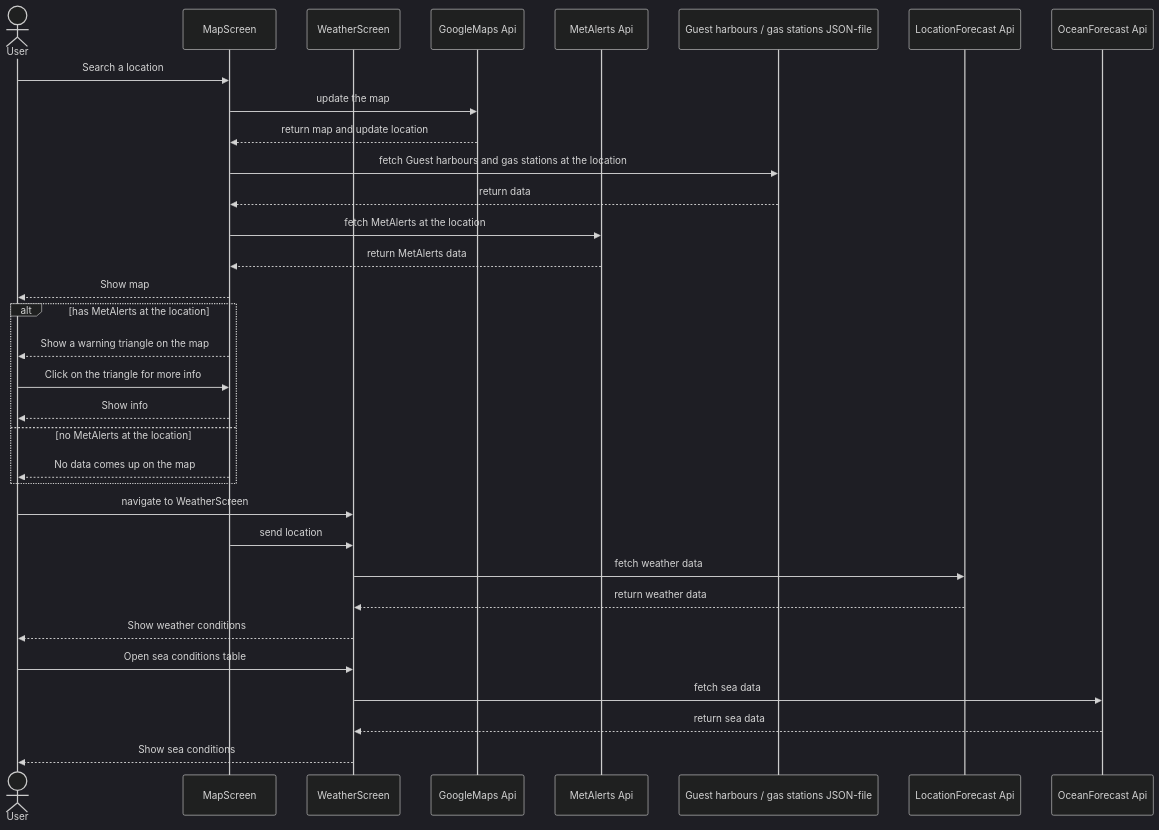
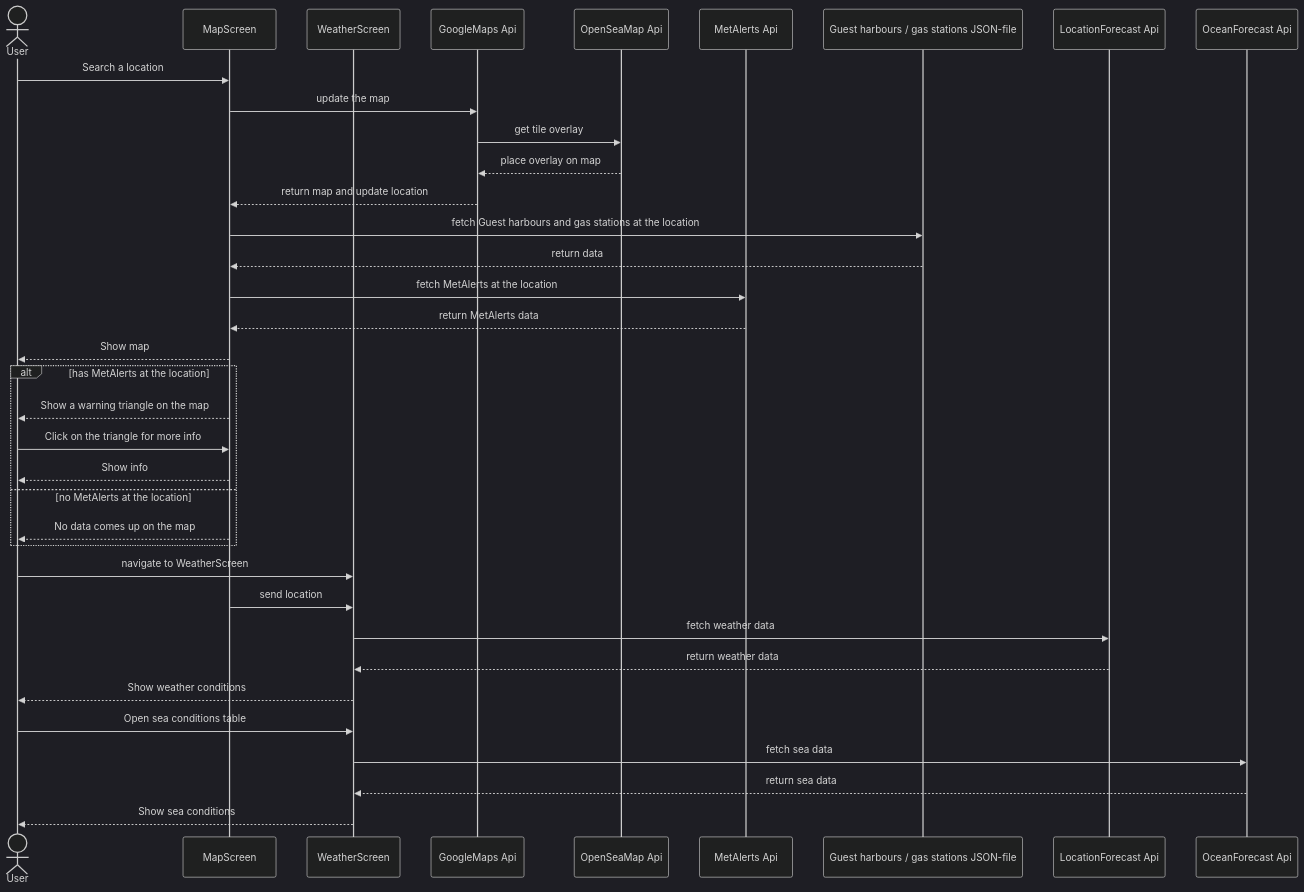
One commit to ronjainstanes/IN2000-student-project changed the first of 2 diagrams in MODELING.md. Above: the diagram before and after it, drawn with Mermaid (dark theme).

Commit message:
Update MODELING.md
Forslag til endring i sekvensdiagram

````diff
--- a/MODELING.md
+++ b/MODELING.md
@@ -64,57 +64,62 @@
 ```mermaid
     sequenceDiagram
         actor User
         participant MapScreen
         participant WeatherScreen 
         participant GoogleMaps Api
+        participant OpenSeaMap Api
         participant MetAlerts Api
         participant Guest harbours / gas stations JSON-file
         participant LocationForecast Api
         participant OceanForecast Api
 
         User->>MapScreen: Search a location
 
         MapScreen->>GoogleMaps Api: update the map
+        
+        GoogleMaps Api->>OpenSeaMap Api: get tile overlay
+        
+        OpenSeaMap Api-->>GoogleMaps Api: place overlay on map
         
         GoogleMaps Api-->>MapScreen: return map and update location
         
         MapScreen->>Guest harbours / gas stations JSON-file: fetch Guest harbours and gas stations at the location
         
         Guest harbours / gas stations JSON-file-->>MapScreen: return data
         
         MapScreen->>MetAlerts Api: fetch MetAlerts at the location
         
         MetAlerts Api-->>MapScreen: return MetAlerts data
         
         MapScreen-->>User: Show map 
 
         alt has MetAlerts at the location
         
             MapScreen-->>User: Show a warning triangle on the map
             User->>MapScreen: Click on the triangle for more info
             MapScreen-->>User: Show info
 
         else no MetAlerts at the location
         
             MapScreen-->>User: No data comes up on the map
 
         end
         
         User->>WeatherScreen: navigate to WeatherScreen
         
         MapScreen->>WeatherScreen: send location
         
         WeatherScreen->>LocationForecast Api: fetch weather data
         
         LocationForecast Api-->>WeatherScreen: return weather data
         
         WeatherScreen-->>User: Show weather conditions
         
         User->>WeatherScreen: Open sea conditions table
         
         WeatherScreen->>OceanForecast Api: fetch sea data
         
         OceanForecast Api-->>WeatherScreen: return sea data
         
         WeatherScreen-->>User: Show sea conditions
 ```
````
